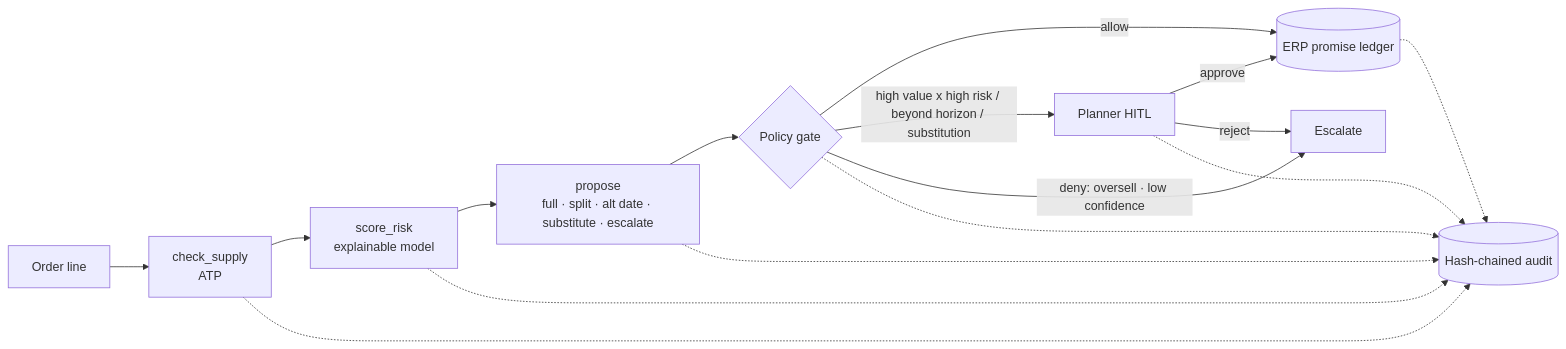
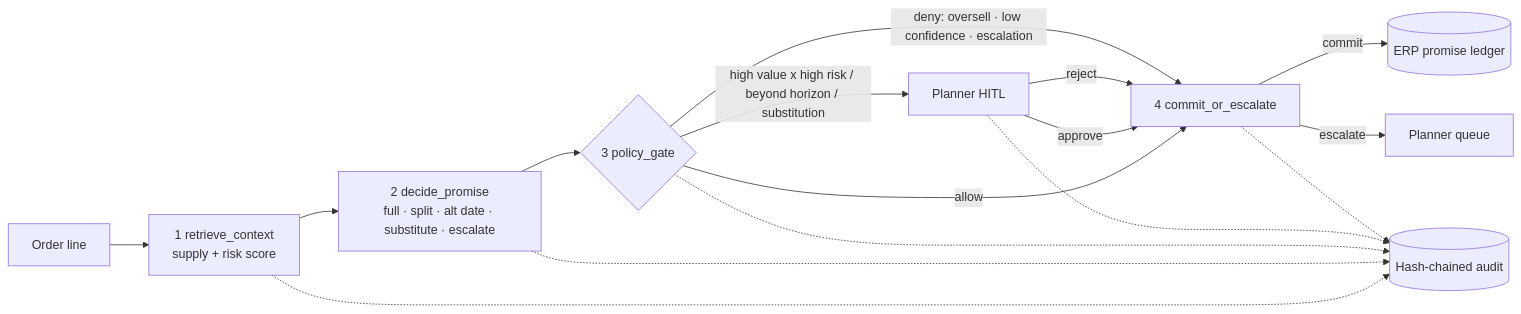
The diagram in README.md (padmanpisupati/demand-aware-order-promising), drawn with Mermaid before and after one commit. The commit also changed other lines of this file and 12 other files, not shown here.

````diff
--- a/README.md
+++ b/README.md
@@ -11,10 +17,13 @@
 ```mermaid
 flowchart LR
-  L[Order line] --> S[check_supply<br/>ATP] --> R[score_risk<br/>explainable model] --> P[propose<br/>full · split · alt date · substitute · escalate]
-  P --> G{Policy gate}
-  G -- allow --> E[(ERP promise ledger)]
-  G -- high value x high risk / beyond horizon / substitution --> H[Planner HITL] -- approve --> E
-  G -- deny: oversell · low confidence --> X[Escalate]
-  H -- reject --> X
-  S & R & P & G & H & E -.-> A[(Hash-chained audit)]
+  L[Order line] --> C[1 retrieve_context<br/>supply + risk score] --> P[2 decide_promise<br/>full · split · alt date · substitute · escalate]
+  P --> G{3 policy_gate}
+  G -- high value x high risk / beyond horizon / substitution --> H[Planner HITL]
+  G -- allow --> W[4 commit_or_escalate]
+  H -- approve --> W
+  H -- reject --> W
+  G -- deny: oversell · low confidence · escalation --> W
+  W -- commit --> E[(ERP promise ledger)]
+  W -- escalate --> X[Planner queue]
+  C & P & G & H & W -.-> A[(Hash-chained audit)]
 ```
````
